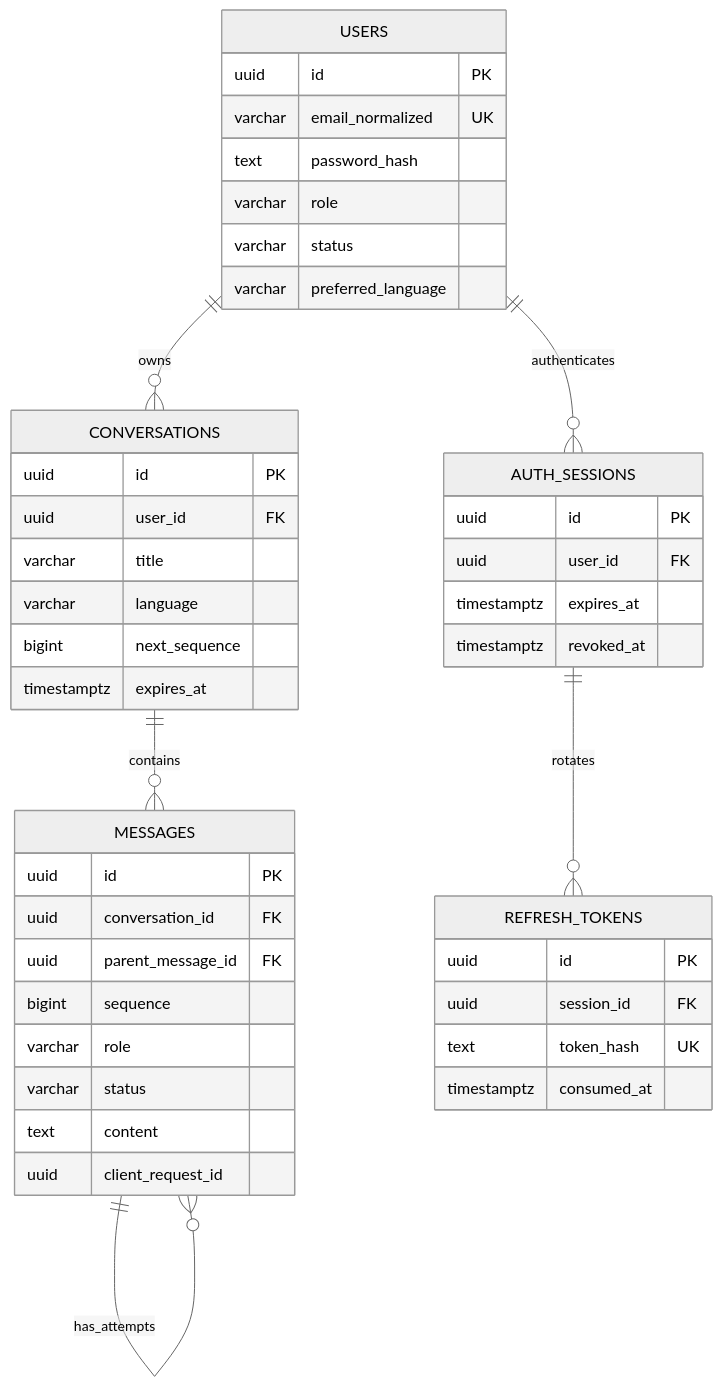
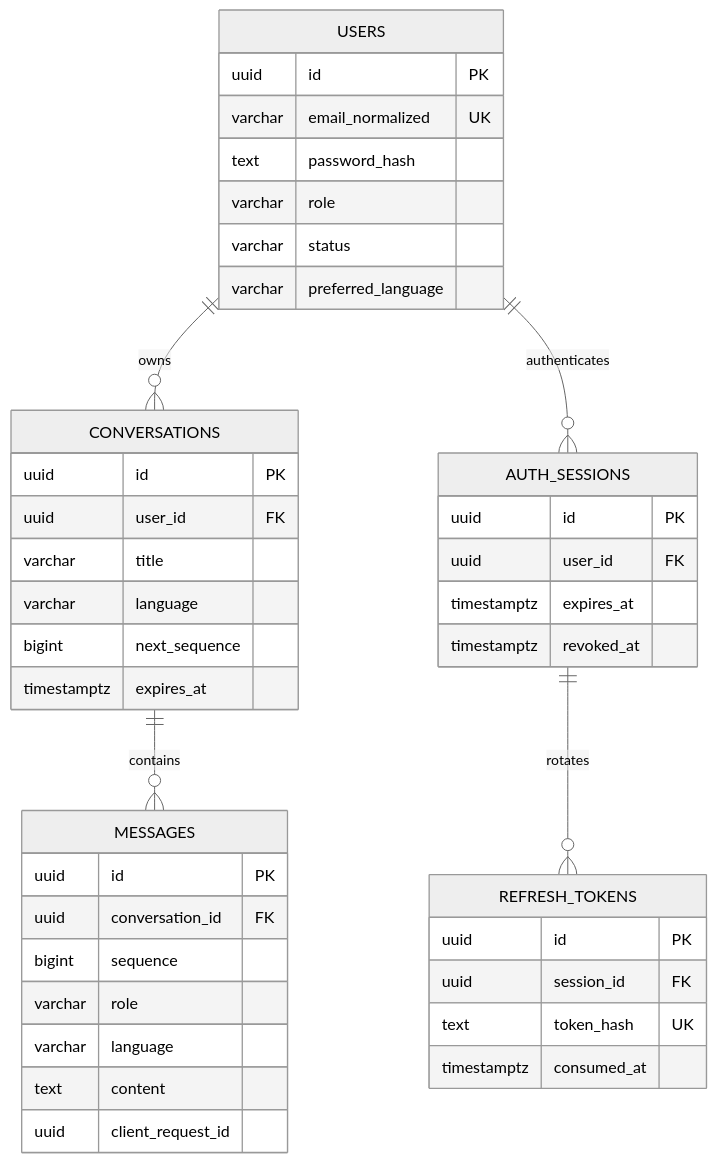
Before and after one commit to Abdalla-Wasaa/Production-Grade-County-Government-AI-Assistant: the diagram in docs/DATABASE_DESIGN.md, drawn with Mermaid (neutral theme). The commit also changed other lines of this file and 4 other files, not shown here.

````diff
--- a/docs/DATABASE_DESIGN.md
+++ b/docs/DATABASE_DESIGN.md
@@ -14,46 +15,44 @@
 ```mermaid
 erDiagram
     USERS ||--o{ CONVERSATIONS : owns
     CONVERSATIONS ||--o{ MESSAGES : contains
-    MESSAGES ||--o{ MESSAGES : has_attempts
     USERS ||--o{ AUTH_SESSIONS : authenticates
     AUTH_SESSIONS ||--o{ REFRESH_TOKENS : rotates
     USERS {
         uuid id PK
         varchar email_normalized UK
         text password_hash
         varchar role
         varchar status
         varchar preferred_language
     }
     CONVERSATIONS {
         uuid id PK
         uuid user_id FK
         varchar title
         varchar language
         bigint next_sequence
         timestamptz expires_at
     }
     MESSAGES {
         uuid id PK
         uuid conversation_id FK
-        uuid parent_message_id FK
         bigint sequence
         varchar role
-        varchar status
+        varchar language
         text content
         uuid client_request_id
     }
     AUTH_SESSIONS {
         uuid id PK
         uuid user_id FK
         timestamptz expires_at
         timestamptz revoked_at
     }
     REFRESH_TOKENS {
         uuid id PK
         uuid session_id FK
         text token_hash UK
         timestamptz consumed_at
     }
 ```
````
